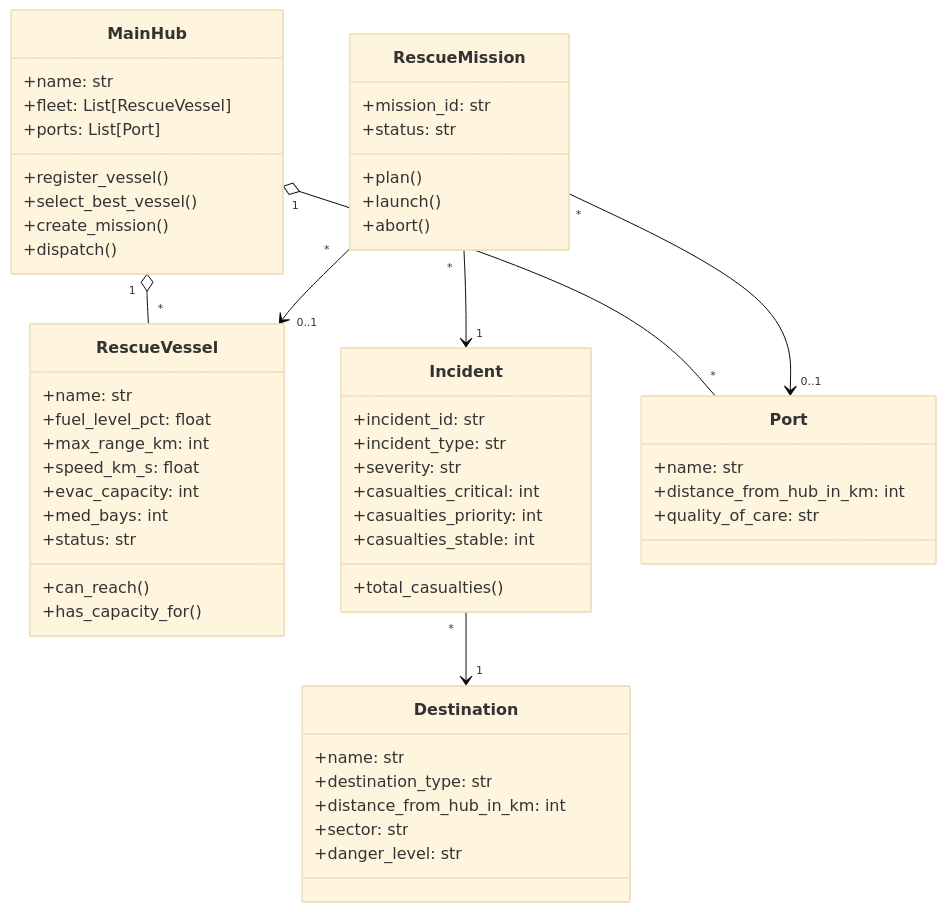
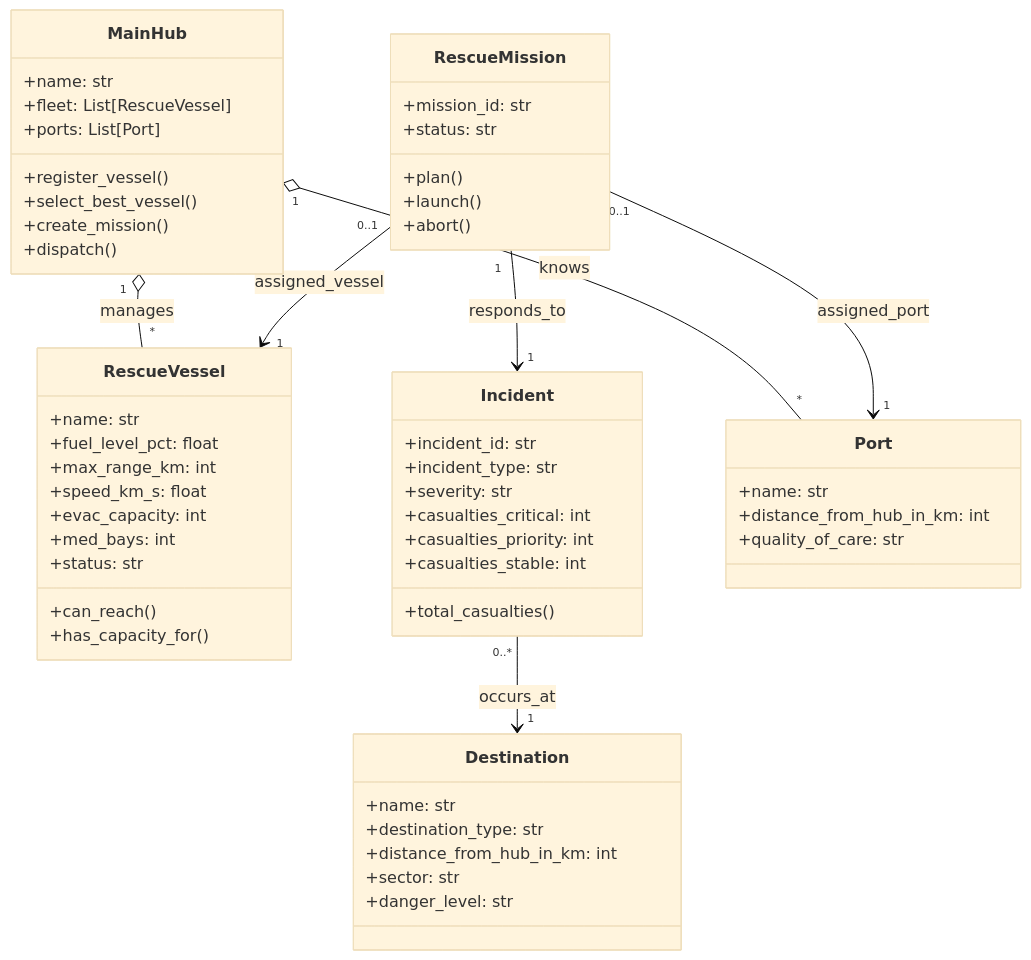
Before and after one commit to winkylocc/deep-space-rescue-service: the second of 2 diagrams in README.md, drawn with Mermaid (base theme). The commit also changed other lines of this file, not shown here.

````diff
--- a/README.md
+++ b/README.md
@@ -40,63 +41,66 @@
 ```mermaid
 classDiagram
   class MainHub {
     +name: str
     +fleet: List[RescueVessel]
     +ports: List[Port]
     +register_vessel()
     +select_best_vessel()
     +create_mission()
     +dispatch()
   }
 
   class RescueVessel {
     +name: str
     +fuel_level_pct: float
     +max_range_km: int
     +speed_km_s: float
     +evac_capacity: int
     +med_bays: int
     +status: str
     +can_reach()
     +has_capacity_for()
   }
 
   class Destination {
     +name: str
     +destination_type: str
     +distance_from_hub_in_km: int
     +sector: str
     +danger_level: str
   }
 
   class Incident {
     +incident_id: str
     +incident_type: str
     +severity: str
     +casualties_critical: int
     +casualties_priority: int
     +casualties_stable: int
     +total_casualties()
   }
 
   class RescueMission {
     +mission_id: str
     +status: str
     +plan()
     +launch()
     +abort()
   }
 
   class Port {
     +name: str
     +distance_from_hub_in_km: int
     +quality_of_care: str
   }
 
-  MainHub "1" o-- "*" RescueVessel
-  MainHub "1" o-- "*" Port
-  Incident "*" --> "1" Destination
-  RescueMission "*" --> "1" Incident
-  RescueMission "*" --> "0..1" RescueVessel
-  RescueMission "*" --> "0..1" Port
+  %% Relationships
+  MainHub "1" o-- "*" RescueVessel : manages
+  MainHub "1" o-- "*" Port : knows
+
+  Incident "0..*" --> "1" Destination : occurs_at
+
+  RescueMission "1" --> "1" Incident : responds_to
+  RescueMission "0..1" --> "1" RescueVessel : assigned_vessel
+  RescueMission "0..1" --> "1" Port : assigned_port
 ```
````
